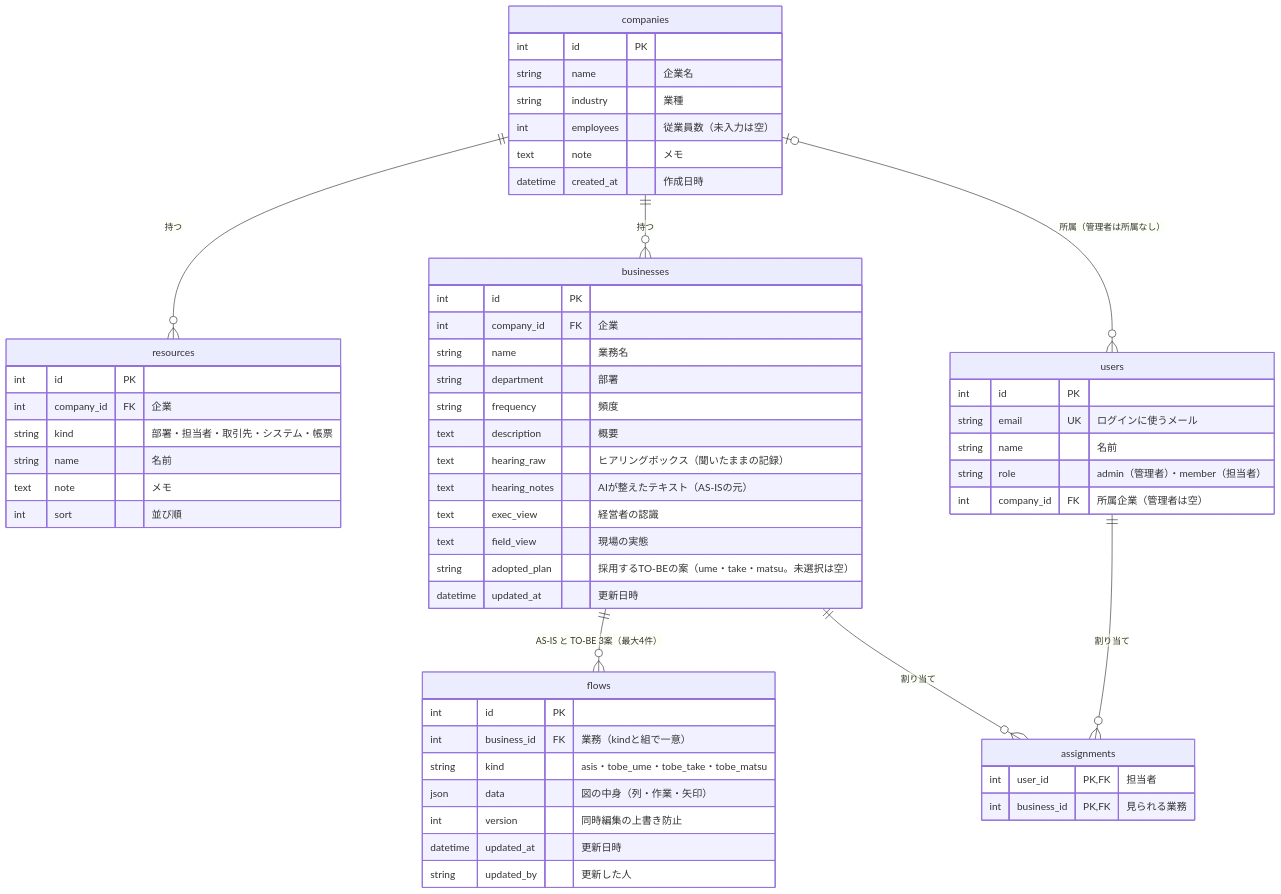
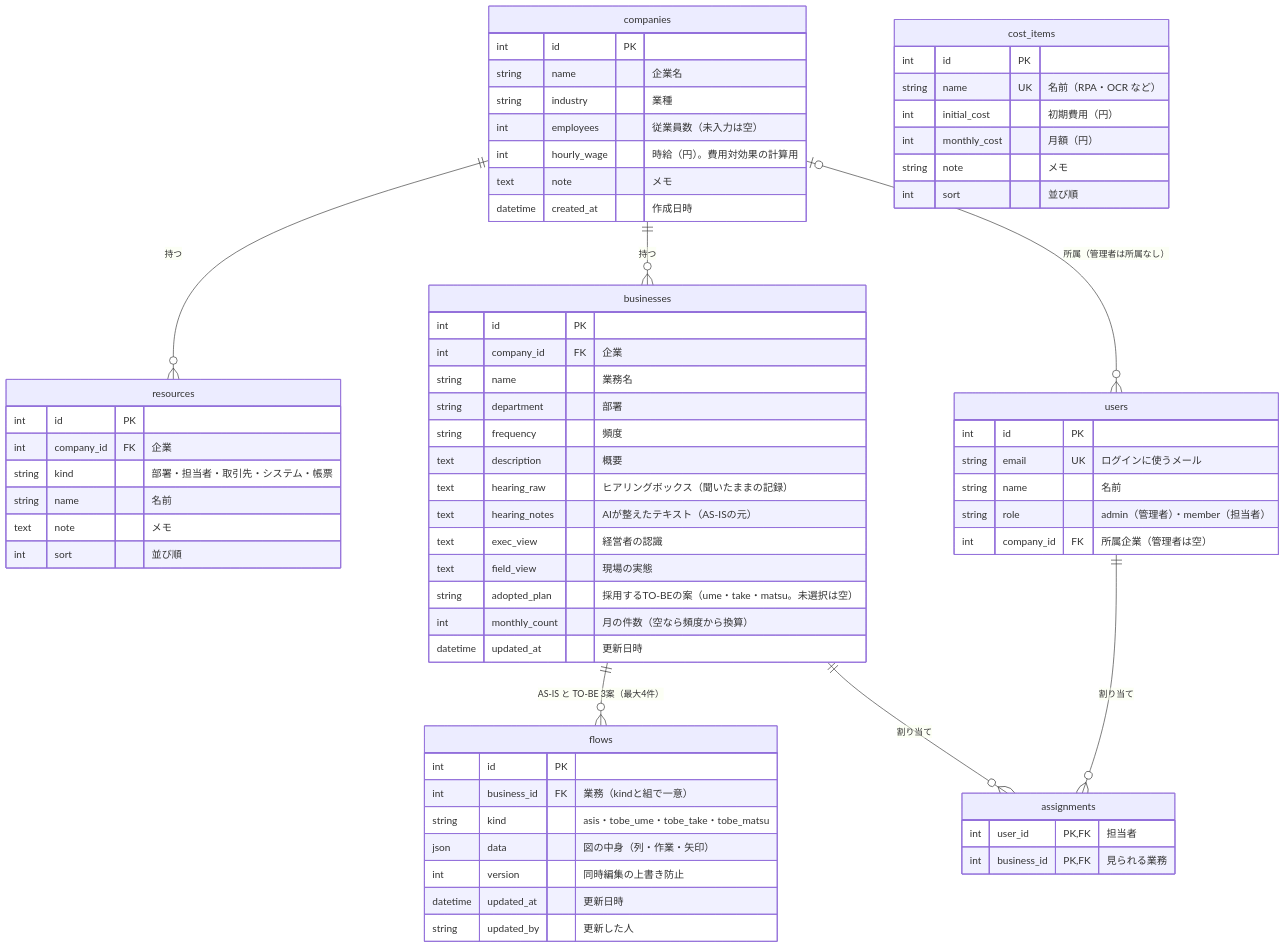
One commit to massuikeda/zero-4-app changed the diagram in docs/ER.md. Above: the diagram before and after it, drawn with Mermaid. The commit also changed other lines of this file and 18 other files, not shown here.

````diff
--- a/docs/ER.md
+++ b/docs/ER.md
@@ -5,60 +5,70 @@
 ```mermaid
 erDiagram
     companies ||--o{ resources : "持つ"
     companies ||--o{ businesses : "持つ"
     companies |o--o{ users : "所属（管理者は所属なし）"
     businesses ||--o{ flows : "AS-IS と TO-BE 3案（最大4件）"
     businesses ||--o{ assignments : "割り当て"
     users ||--o{ assignments : "割り当て"
 
     companies {
         int id PK
         string name "企業名"
         string industry "業種"
         int employees "従業員数（未入力は空）"
+        int hourly_wage "時給（円）。費用対効果の計算用"
         text note "メモ"
         datetime created_at "作成日時"
     }
     resources {
         int id PK
         int company_id FK "企業"
         string kind "部署・担当者・取引先・システム・帳票"
         string name "名前"
         text note "メモ"
         int sort "並び順"
     }
     users {
         int id PK
         string email UK "ログインに使うメール"
         string name "名前"
         string role "admin（管理者）・member（担当者）"
         int company_id FK "所属企業（管理者は空）"
     }
     businesses {
         int id PK
         int company_id FK "企業"
         string name "業務名"
         string department "部署"
         string frequency "頻度"
         text description "概要"
         text hearing_raw "ヒアリングボックス（聞いたままの記録）"
         text hearing_notes "AIが整えたテキスト（AS-ISの元）"
         text exec_view "経営者の認識"
         text field_view "現場の実態"
         string adopted_plan "採用するTO-BEの案（ume・take・matsu。未選択は空）"
+        int monthly_count "月の件数（空なら頻度から換算）"
         datetime updated_at "更新日時"
     }
     flows {
         int id PK
         int business_id FK "業務（kindと組で一意）"
         string kind "asis・tobe_ume・tobe_take・tobe_matsu"
         json data "図の中身（列・作業・矢印）"
         int version "同時編集の上書き防止"
         datetime updated_at "更新日時"
         string updated_by "更新した人"
     }
+    cost_items {
+        int id PK
+        string name UK "名前（RPA・OCR など）"
+        int initial_cost "初期費用（円）"
+        int monthly_cost "月額（円）"
+        string note "メモ"
+        int sort "並び順"
+    }
     assignments {
         int user_id PK,FK "担当者"
         int business_id PK,FK "見られる業務"
     }
 ```
````
